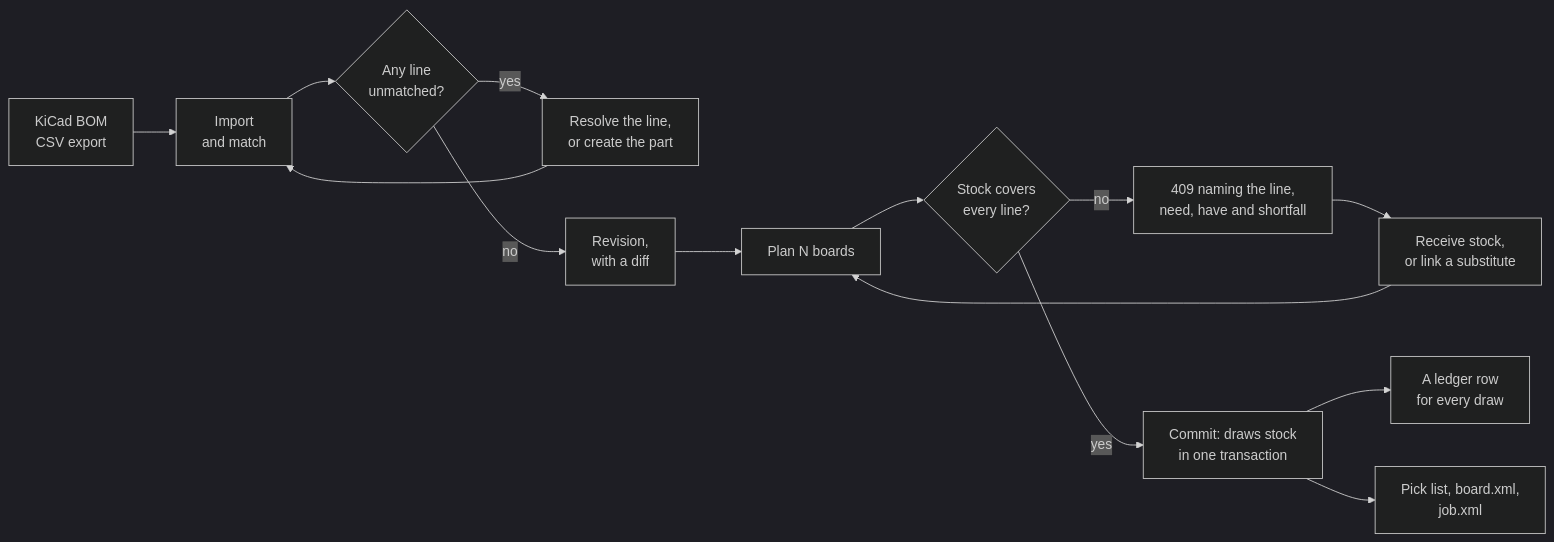
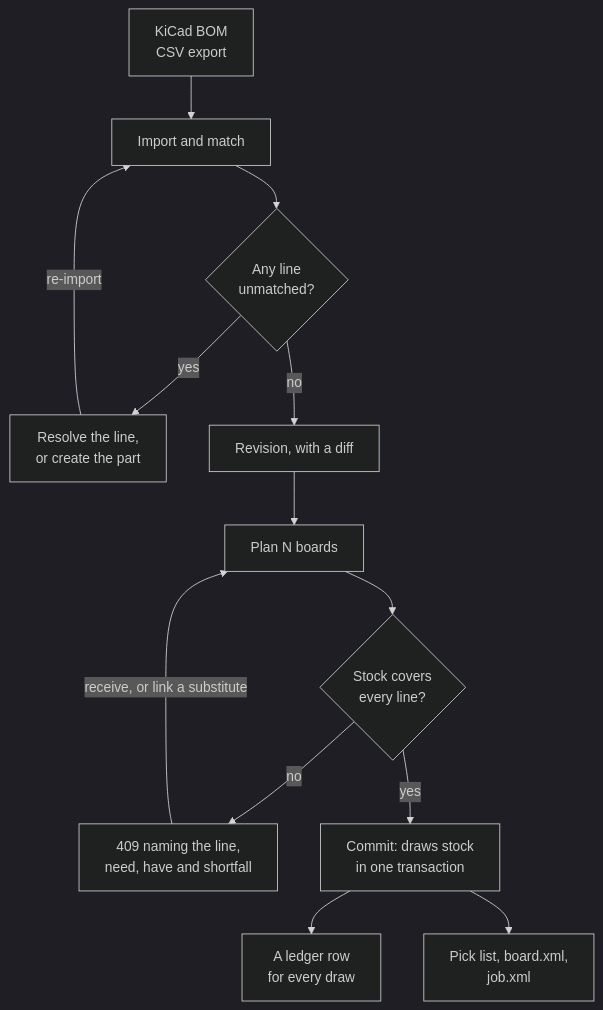
The first of 2 diagrams in README.md (StevenGann/shelfmark), drawn with Mermaid (dark theme) before and after one commit. The commit also changed other lines of this file, not shown here.

Commit message:
readme: run the build loop top to bottom, and say precisely what the commit guarantees

````diff
--- a/README.md
+++ b/README.md
@@ -93,16 +93,15 @@
 ```mermaid
-flowchart LR
-  bom["KiCad BOM<br/>CSV export"] --> match["Import<br/>and match"]
+flowchart TD
+  bom["KiCad BOM<br/>CSV export"] --> match["Import and match"]
   match --> q1{"Any line<br/>unmatched?"}
   q1 -->|yes| fix["Resolve the line,<br/>or create the part"]
-  fix --> match
-  q1 -->|no| rev["Revision,<br/>with a diff"]
+  fix -->|re-import| match
+  q1 -->|no| rev["Revision, with a diff"]
   rev --> plan["Plan N boards"]
   plan --> q2{"Stock covers<br/>every line?"}
   q2 -->|no| short["409 naming the line,<br/>need, have and shortfall"]
-  short --> supply["Receive stock,<br/>or link a substitute"]
-  supply --> plan
+  short -->|receive, or link a substitute| plan
   q2 -->|yes| commit["Commit: draws stock<br/>in one transaction"]
   commit --> ledger["A ledger row<br/>for every draw"]
   commit --> pnp["Pick list, board.xml,<br/>job.xml"]
 ```
````
